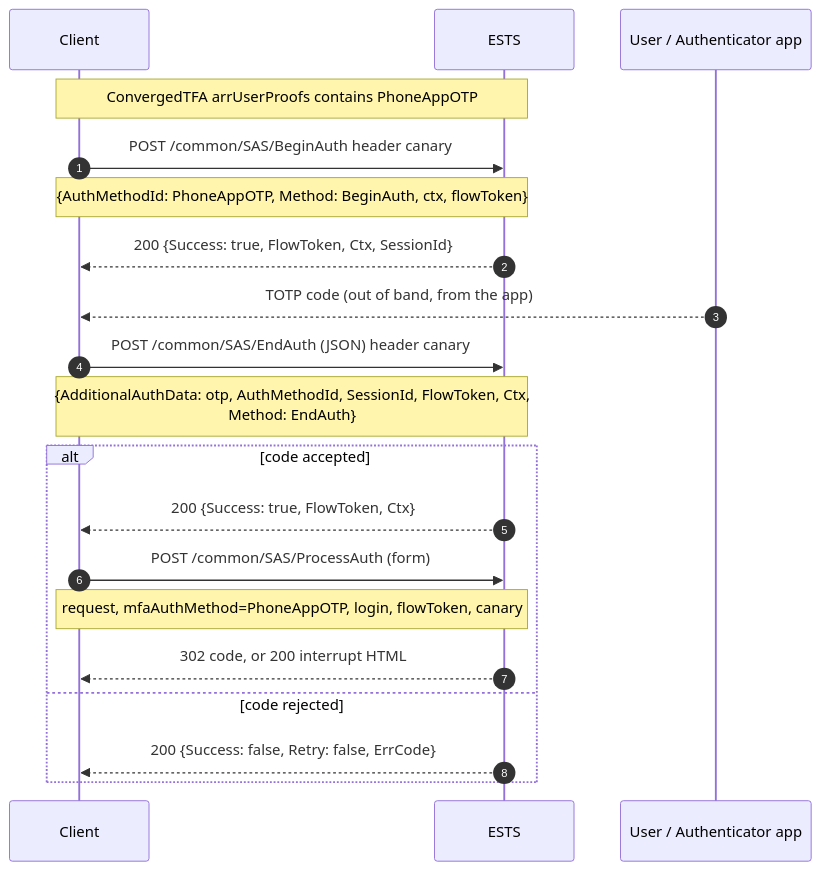
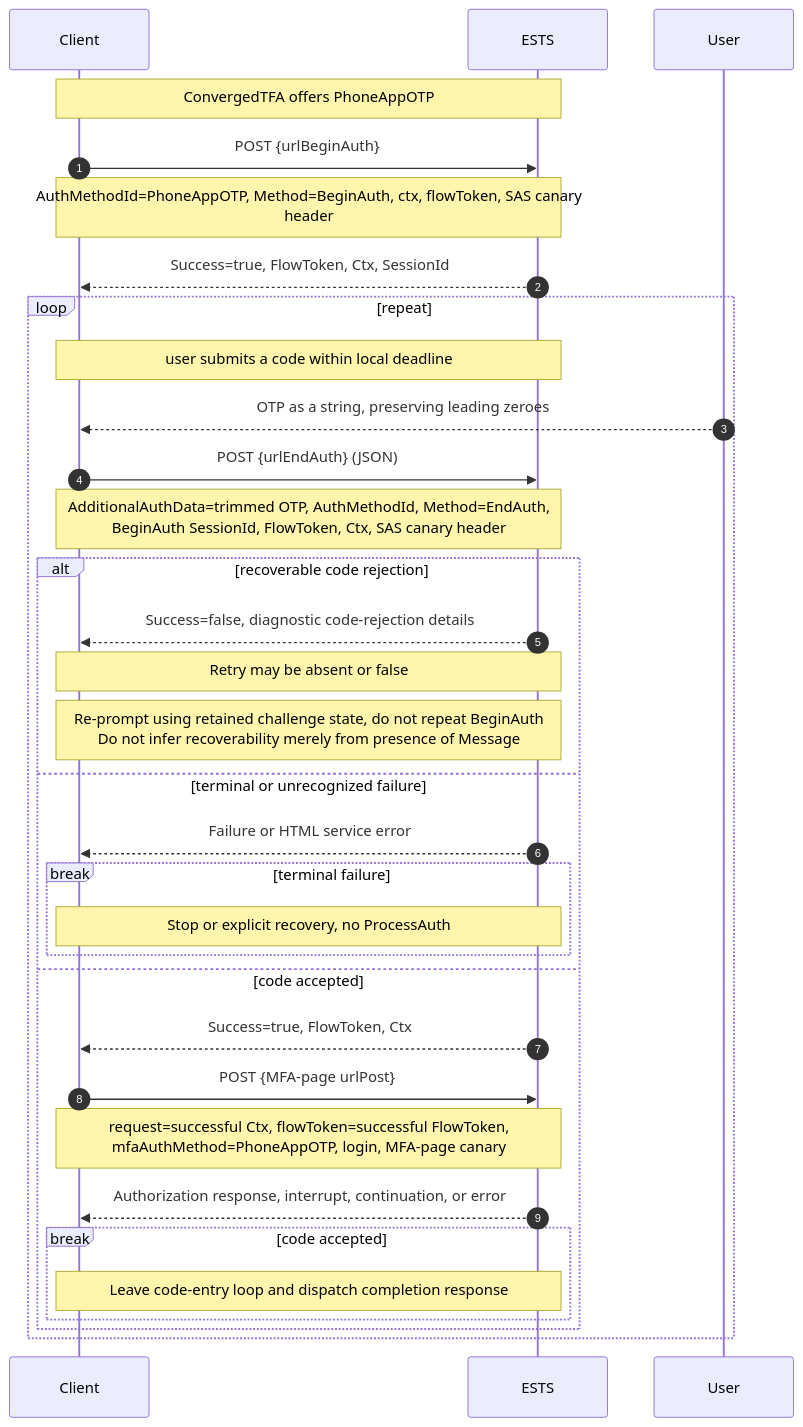
Before and after one commit to himmelblau-idm/ests_spec: the diagram in figures/src/fig-09-sas-otp.mmd, drawn with Mermaid. The commit also changed 29 other files, not shown here.

Commit message:
Correct eSTS MFA behavior and delegate upstream protocol details

```diff
--- a/figures/src/fig-09-sas-otp.mmd
+++ b/figures/src/fig-09-sas-otp.mmd
@@ -1,20 +1,33 @@
 sequenceDiagram
-  autonumber
-  participant C as Client
-  participant E as ESTS
-  participant U as User / Authenticator app
-  Note over C,E: ConvergedTFA arrUserProofs contains PhoneAppOTP
-  C->>E: POST /common/SAS/BeginAuth  header canary
-  Note over C,E: {AuthMethodId: PhoneAppOTP, Method: BeginAuth, ctx, flowToken}
-  E-->>C: 200 {Success: true, FlowToken, Ctx, SessionId}
-  U-->>C: TOTP code (out of band, from the app)
-  C->>E: POST /common/SAS/EndAuth (JSON)  header canary
-  Note over C,E: {AdditionalAuthData: otp, AuthMethodId, SessionId, FlowToken, Ctx,<br/>Method: EndAuth}
-  alt code accepted
-    E-->>C: 200 {Success: true, FlowToken, Ctx}
-    C->>E: POST /common/SAS/ProcessAuth (form)
-    Note over C,E: request, mfaAuthMethod=PhoneAppOTP, login, flowToken, canary
-    E-->>C: 302 code, or 200 interrupt HTML
-  else code rejected
-    E-->>C: 200 {Success: false, Retry: false, ErrCode}
+ autonumber
+ participant C as Client
+ participant E as ESTS
+ participant U as User
+ Note over C,E: ConvergedTFA offers PhoneAppOTP
+ C->>E: POST {urlBeginAuth}
+ Note over C,E: AuthMethodId=PhoneAppOTP, Method=BeginAuth, ctx, flowToken, SAS canary<br/>header
+ E-->>C: Success=true, FlowToken, Ctx, SessionId
+ loop repeat
+   Note over C,E: user submits a code within local deadline
+  U-->>C: OTP as a string, preserving leading zeroes
+  C->>E: POST {urlEndAuth} (JSON)
+  Note over C,E: AdditionalAuthData=trimmed OTP, AuthMethodId, Method=EndAuth,<br/>BeginAuth SessionId, FlowToken, Ctx, SAS canary header
+  alt recoverable code rejection
+   E-->>C: Success=false, diagnostic code-rejection details
+   Note over E,C: Retry may be absent or false
+   Note over C,E: Re-prompt using retained challenge state, do not repeat BeginAuth<br/>Do not infer recoverability merely from presence of Message
+  else terminal or unrecognized failure
+   E-->>C: Failure or HTML service error
+   break terminal failure
+    Note over C,E: Stop or explicit recovery, no ProcessAuth
+   end
+  else code accepted
+   E-->>C: Success=true, FlowToken, Ctx
+   C->>E: POST {MFA-page urlPost}
+   Note over C,E: request=successful Ctx, flowToken=successful FlowToken,<br/>mfaAuthMethod=PhoneAppOTP, login, MFA-page canary
+   E-->>C: Authorization response, interrupt, continuation, or error
+   break code accepted
+    Note over C,E: Leave code-entry loop and dispatch completion response
+   end
   end
+ end
```
